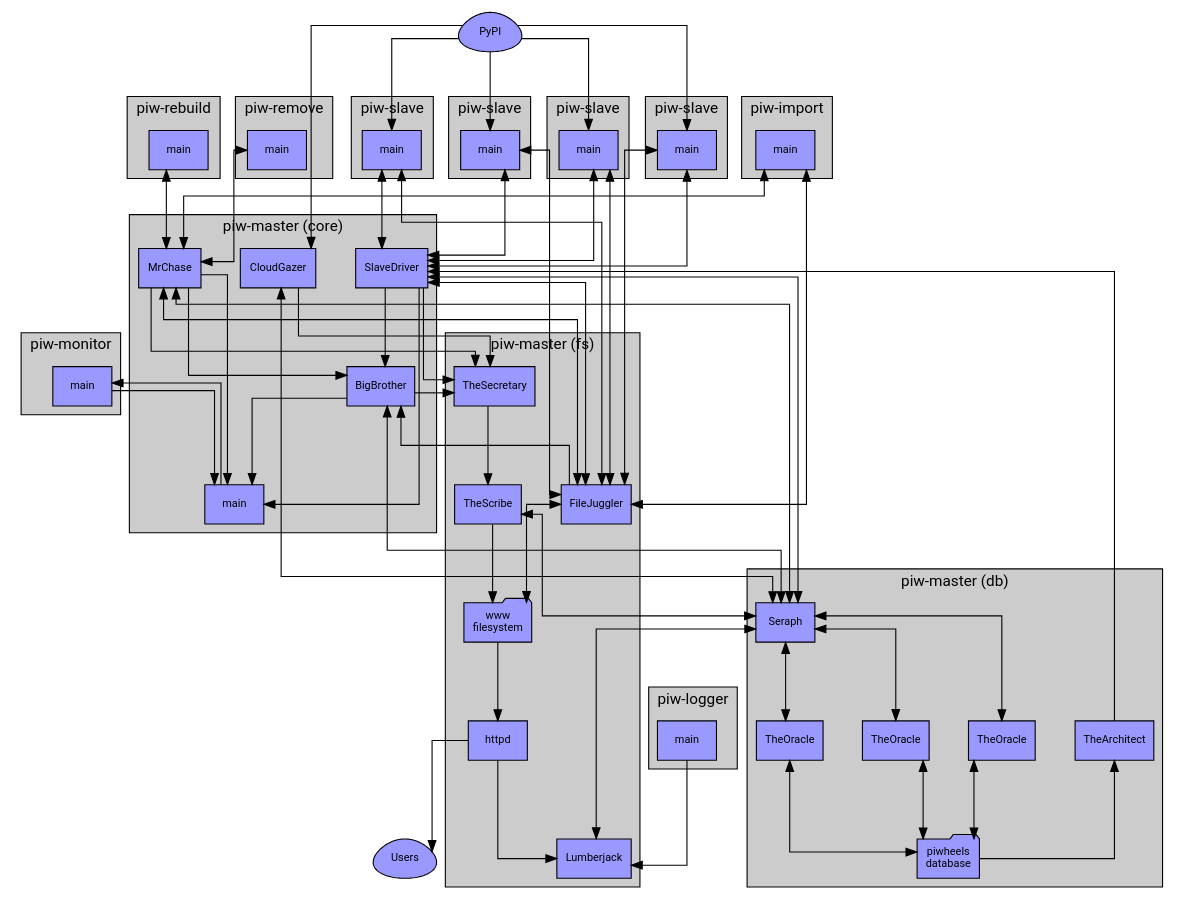
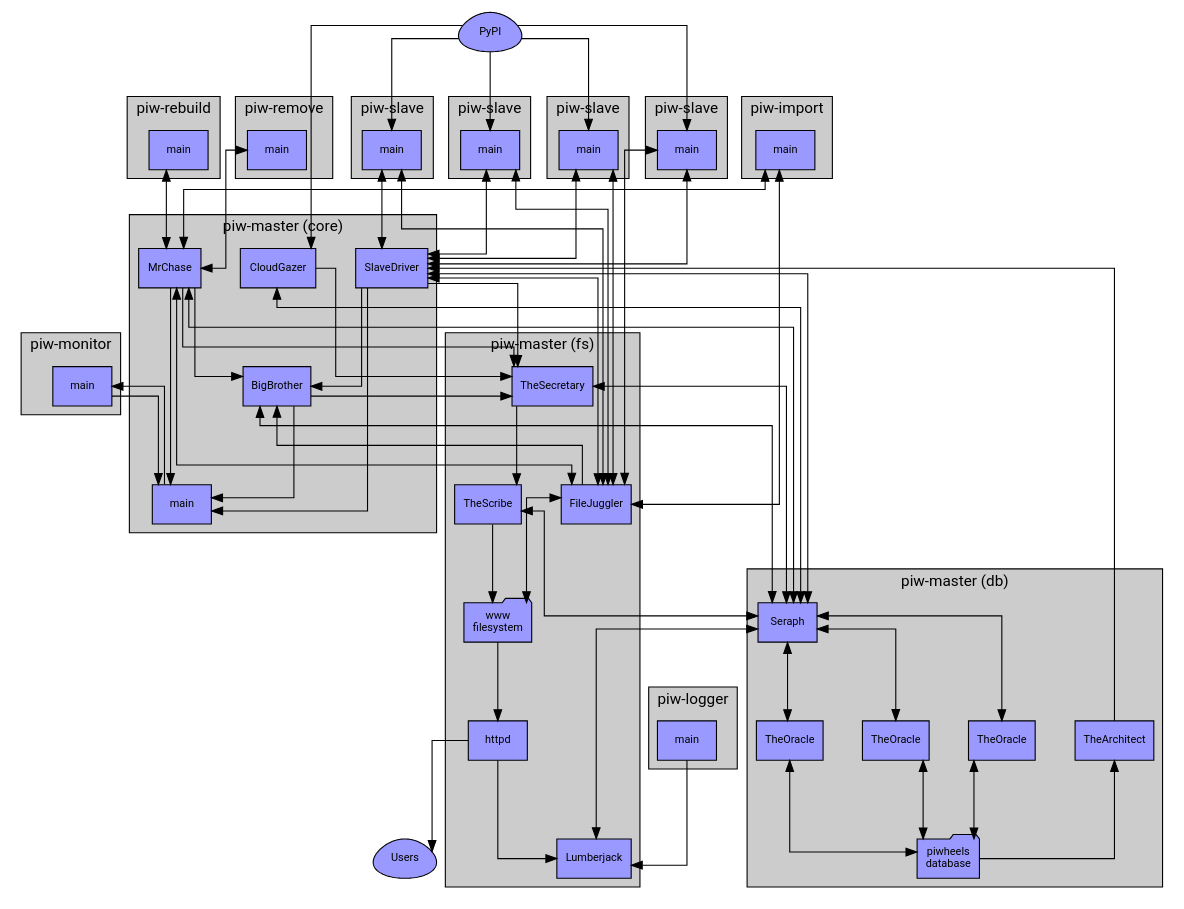
The diagram in docs/images/master_arch.dot (piwheels/piwheels), drawn with Graphviz before and after one commit. The commit also changed 9 other files, not shown here.

```diff
--- a/docs/images/master_arch.dot
+++ b/docs/images/master_arch.dot
@@ -1,143 +1,144 @@
 digraph piwheels {
     graph [splines=ortho, nodesep=0.5, ranksep=1, style=filled, fontname=Roboto, fontsize=14, fillcolor="#cccccc"];
     node [shape=rect, fontname=Roboto, fontsize=10, style=filled, fillcolor="#9999ff", penwidth=1];
     edge [fontname=Sans, fontsize=8];
 
     PyPI [label="PyPI", shape=egg];
     Users [label="Users", shape=egg];
 
     subgraph cluster_db_server {
         graph [label="piw-master (db)"];
 
         TheOracle1 [label="TheOracle"];
         TheOracle2 [label="TheOracle"];
         TheOracle3 [label="TheOracle"];
         TheArchitect;
         Seraph;
         db [label="piwheels\ndatabase", shape=folder];
 
         Seraph->TheOracle1 [dir=both];
         Seraph->TheOracle2 [dir=both];
         Seraph->TheOracle3 [dir=both];
         TheOracle1->db [dir=both];
         TheOracle2->db [dir=both];
         TheOracle3->db [dir=both];
         TheArchitect->db [dir=back];
     }
 
     subgraph cluster_file_server {
         graph [label="piw-master (fs)"];
 
         TheSecretary;
         TheScribe;
         FileJuggler;
         Lumberjack;
         fs [label="www\nfilesystem", shape=folder];
         httpd;
 
         TheSecretary->TheScribe;
         TheScribe->fs;
         FileJuggler->fs [dir=both];
         fs->httpd;
         httpd->Lumberjack;
     }
 
     subgraph cluster_master {
         graph [label="piw-master (core)"];
 
         CloudGazer;
         main;
         MrChase;
         SlaveDriver;
         BigBrother;
 
         BigBrother->main;
         SlaveDriver->main;
         MrChase->main;
         MrChase->TheSecretary;
     }
 
     subgraph cluster_monitor {
         graph [label="piw-monitor"];
         monitor [label="main"];
     }
 
     subgraph cluster_slave1 {
         graph [label="piw-slave"];
         Slave1 [label="main"];
     }
 
     subgraph cluster_slave2 {
         graph [label="piw-slave"];
         Slave2 [label="main"];
     }
 
     subgraph cluster_slave3 {
         graph [label="piw-slave"];
         Slave3 [label="main"];
     }
 
     subgraph cluster_slave4 {
         graph [label="piw-slave"];
         Slave4 [label="main"];
     }
 
     subgraph cluster_import {
         graph [label="piw-import"];
         Importer [label="main"];
     }
 
     subgraph cluster_rebuild {
         graph [label="piw-rebuild"];
         Rebuild [label="main"];
     }
 
     subgraph cluster_remove {
         graph [label="piw-remove"];
         Remove [label="main"];
     }
 
     subgraph cluster_logger {
         graph [label="piw-logger"];
         Logger [label="main"];
     }
 
 
     PyPI->CloudGazer;
     PyPI->Slave1;
     PyPI->Slave2;
     PyPI->Slave3;
     PyPI->Slave4;
     Slave1->SlaveDriver [dir=both];
     Slave2->SlaveDriver [dir=both];
     Slave3->SlaveDriver [dir=both];
     Slave4->SlaveDriver [dir=both];
     Slave1->FileJuggler [dir=both];
     Slave2->FileJuggler [dir=both];
     Slave3->FileJuggler [dir=both];
     Slave4->FileJuggler [dir=both];
     Importer->MrChase [dir=both];
     Importer->FileJuggler [dir=both];
     Rebuild->MrChase [dir=both];
     Remove->MrChase [dir=both];
     Logger->Lumberjack;
     main->monitor;
     monitor->main;
 
     CloudGazer->Seraph [dir=both];
     CloudGazer->TheSecretary;
     BigBrother->TheSecretary;
     SlaveDriver->TheSecretary;
     SlaveDriver->BigBrother;
     FileJuggler->BigBrother;
+    TheSecretary->Seraph [dir=both];
     TheScribe->Seraph [dir=both];
     BigBrother->Seraph [dir=both];
     SlaveDriver->FileJuggler [dir=both];
     SlaveDriver->Seraph [dir=both];
     TheArchitect->SlaveDriver;
     MrChase->FileJuggler [dir=both];
     MrChase->Seraph [dir=both];
     MrChase->BigBrother;
     Lumberjack->Seraph [dir=both];
     httpd->Users;
 }
```
